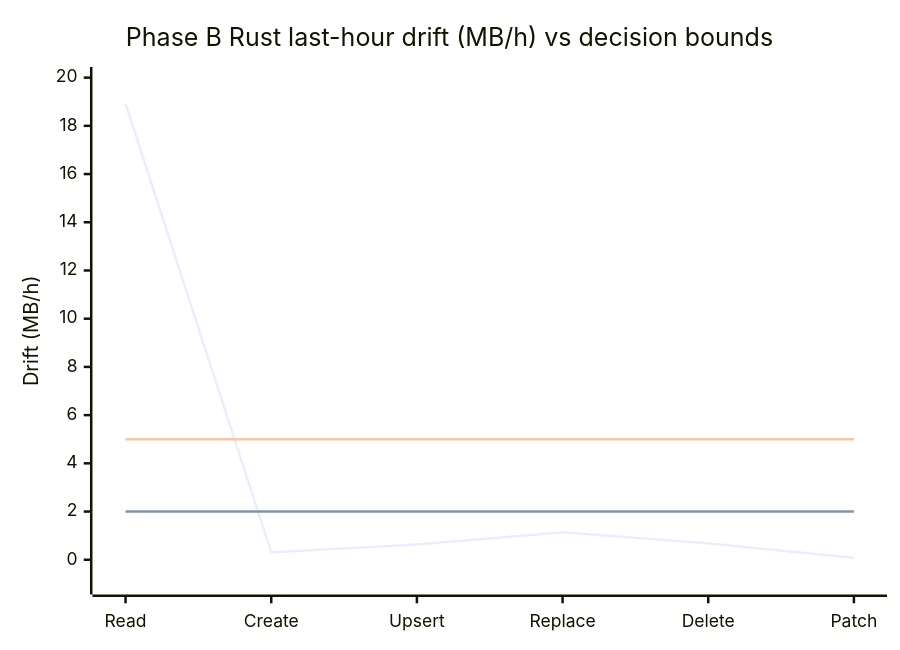
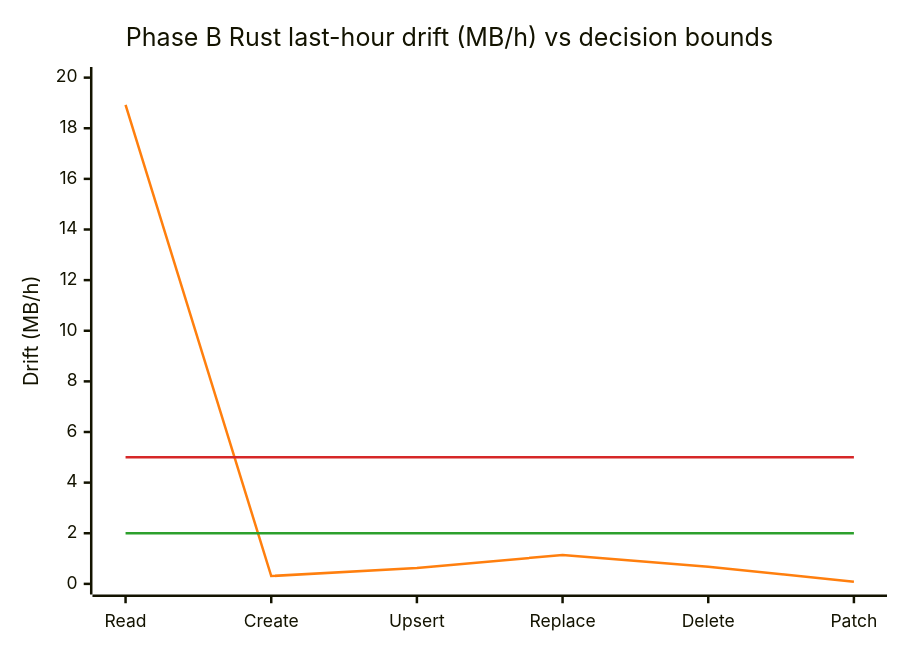
Before and after one commit to Azure/azure-sdk-for-python: the seventh of 7 diagrams in sdk/cosmos/azure-cosmos/docs/rust-vs-python-perf-drill.md, drawn with Mermaid. The commit also changed other lines of this file and 2 other files, not shown here.

````diff
--- a/sdk/cosmos/azure-cosmos/docs/rust-vs-python-perf-drill.md
+++ b/sdk/cosmos/azure-cosmos/docs/rust-vs-python-perf-drill.md
@@ -384,9 +318,15 @@
 ```mermaid
+---
+config:
+  themeVariables:
+    xyChart:
+      plotColorPalette: "#ff7f0e,#2ca02c,#d62728"
+---
 xychart-beta
     title "Phase B Rust last-hour drift (MB/h) vs decision bounds"
     x-axis ["Read","Create","Upsert","Replace","Delete","Patch"]
-    y-axis "Drift (MB/h)" -1 --> 20
+    y-axis "Drift (MB/h)" 0 --> 20
     line "Rust observed drift" [18.92,0.31,0.63,1.14,0.68,0.08]
     line "Flat upper bound (2 MB/h)" [2,2,2,2,2,2]
     line "Leak lower bound (5 MB/h)" [5,5,5,5,5,5]
 ```
````
